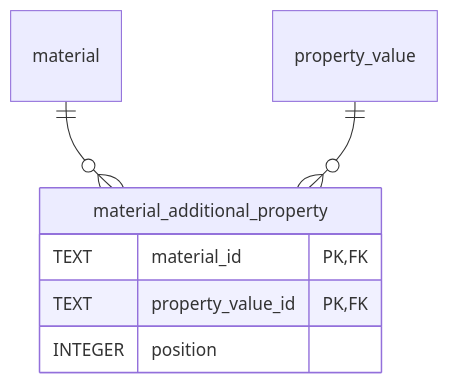
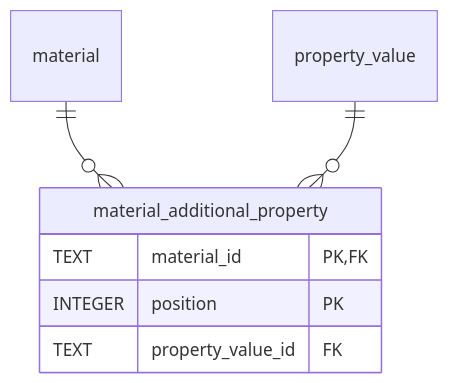
Diagram 17 of 18 in schemas/sql/design.md (HLWeil/ProcessCore), drawn with Mermaid before and after one commit. The commit also changed other lines of this file, not shown here.

Commit message:
docs: improve SQL schema design plan

````diff
--- a/schemas/sql/design.md
+++ b/schemas/sql/design.md
@@ -425,10 +486,10 @@
 ```mermaid
 erDiagram
     material_additional_property {
         TEXT material_id PK,FK
-        TEXT property_value_id PK,FK
-        INTEGER position
+        INTEGER position PK
+        TEXT property_value_id FK
     }
     material ||--o{ material_additional_property : ""
     property_value ||--o{ material_additional_property : ""
 ```
````
